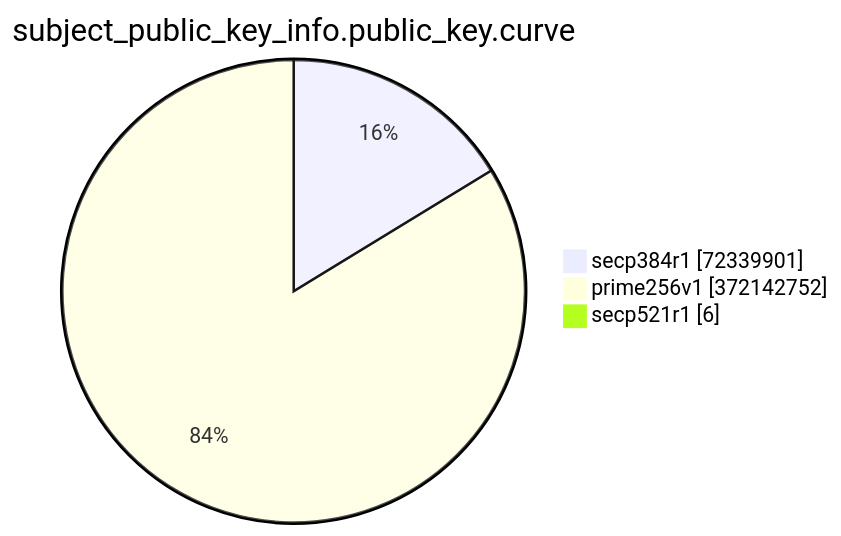
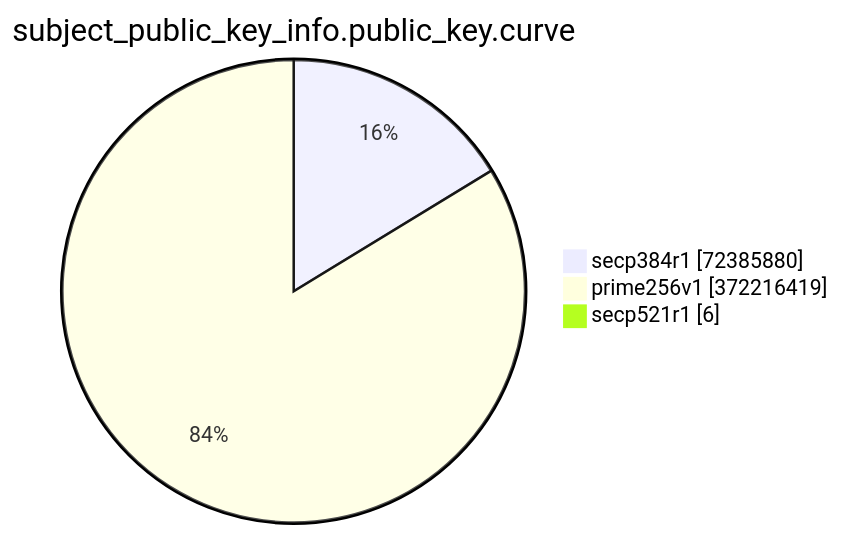
The eighth of 15 diagrams in TOTAL/README.md (christiankrug/ctmonitor_visualization), drawn with Mermaid before and after one commit. The commit also changed other lines of this file, not shown here.

````diff
--- a/TOTAL/README.md
+++ b/TOTAL/README.md
@@ -3092,7 +3092,7 @@
 ```mermaid
 pie showData
 title subject_public_key_info.public_key.curve
-"secp384r1" :72339901
-"prime256v1" :372142752
+"secp384r1" :72385880
+"prime256v1" :372216419
 "secp521r1" :6
 ```
````
